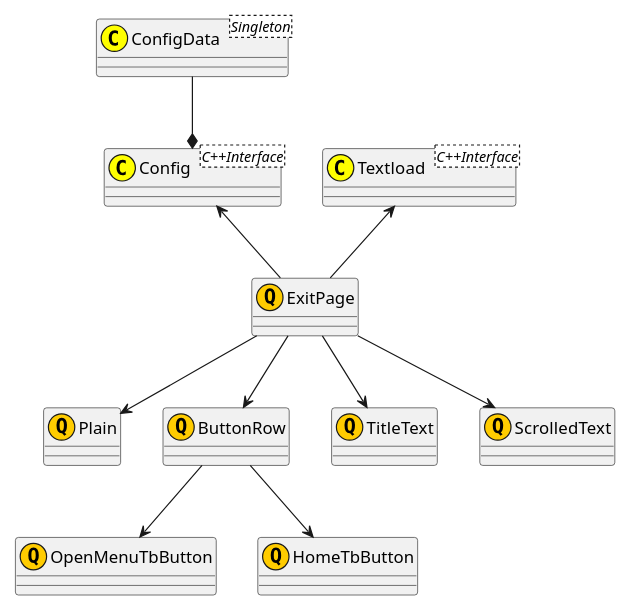
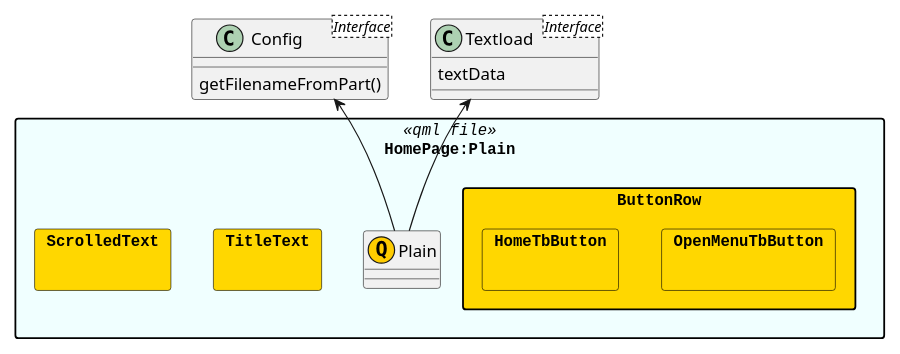
The tenth of 10 diagrams in Docs/Design.md (MARTIMM/HikingCompanion), drawn with PlantUML before and after one commit. The commit also changed other lines of this file and 6 other files, not shown here.

````diff
--- a/Docs/Design.md
+++ b/Docs/Design.md
@@ -386,31 +416,45 @@
 ```plantuml
 scale 0.8
+allowmixing
+skinparam packageStyle Rectangle
 
-class "ConfigData<Singleton>" as ConfigData << (C,yellow) >>
-class "Config<C++Interface>" as Config << (C,yellow) >>
-
-class Plain << (Q,#ffcc00) >>
-class "Textload<C++Interface>" as Textload << (C,yellow) >>
-class ExitPage << (Q,#ffcc00) >>
-
-class ButtonRow << (Q,#ffcc00) >>
-class OpenMenuTbButton << (Q,#ffcc00) >>
-class HomeTbButton << (Q,#ffcc00) >>
-
-class TitleText << (Q,#ffcc00) >>
-class ScrolledText << (Q,#ffcc00) >>
+skinparam package {
+  BackgroundColor<<qml file>> #f0ffff
+  FontSize 13
+  FontName Courier
+  BorderColor black
+  BackgroundColor gold
+}
 
 
-Config <-- ExitPage
-ConfigData --* Config
+class "Config<Interface>" as Config {
+  getFilenameFromPart()
+}
 
-Textload <-- ExitPage
+class "Textload<Interface>" as Textload {
+  textData
+}
 
-ExitPage --> Plain
-ExitPage --> ButtonRow
-ExitPage --> TitleText
-ExitPage --> ScrolledText
+package HomePage:Plain <<qml file>> {
+  class Plain << (Q,#ffcc00) >> {
+  }
 
-ButtonRow --> OpenMenuTbButton
-ButtonRow --> HomeTbButton
+  package ButtonRow {
+
+    package OpenMenuTbButton {
+    }
+
+    package HomeTbButton {
+    }
+  }
+
+  package TitleText {
+  }
+
+  package ScrolledText {
+  }
+}
+
+Config <-- Plain
+Textload <-- Plain
 ```
````
